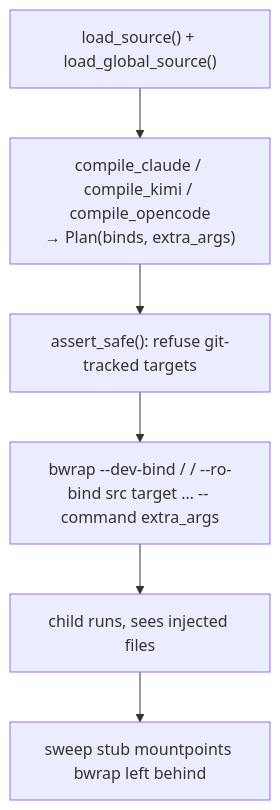
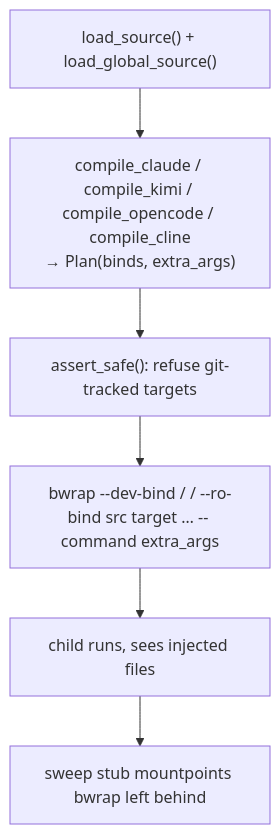
One commit to vcoeur/agedum changed the diagram in docs/internals.md. Above: the diagram before and after it, drawn with Mermaid. The commit also changed other lines of this file and 11 other files, not shown here.

````diff
--- a/docs/internals.md
+++ b/docs/internals.md
@@ -15,8 +15,8 @@
 ```mermaid
 flowchart TD
-  a["load_source() + load_global_source()"] --> b["compile_claude / compile_kimi / compile_opencode<br/>→ Plan(binds, extra_args)"]
+  a["load_source() + load_global_source()"] --> b["compile_claude / compile_kimi / compile_opencode / compile_cline<br/>→ Plan(binds, extra_args)"]
   b --> c["assert_safe(): refuse git-tracked targets"]
   c --> d["bwrap --dev-bind / / --ro-bind src target … -- command extra_args"]
   d --> e["child runs, sees injected files"]
   e --> f["sweep stub mountpoints bwrap left behind"]
 ```
````
